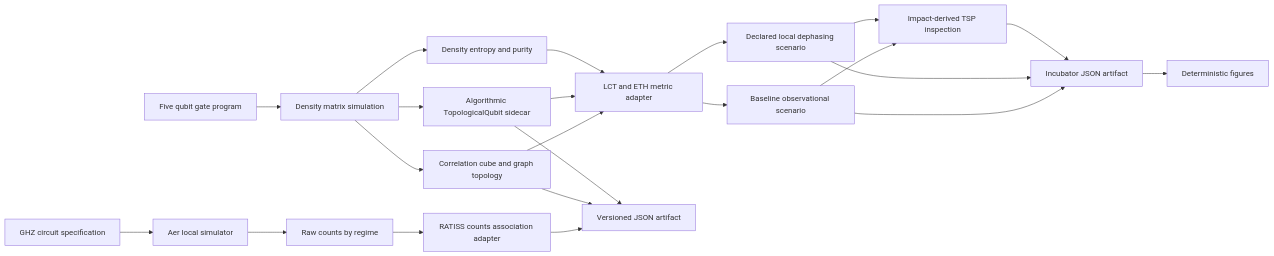
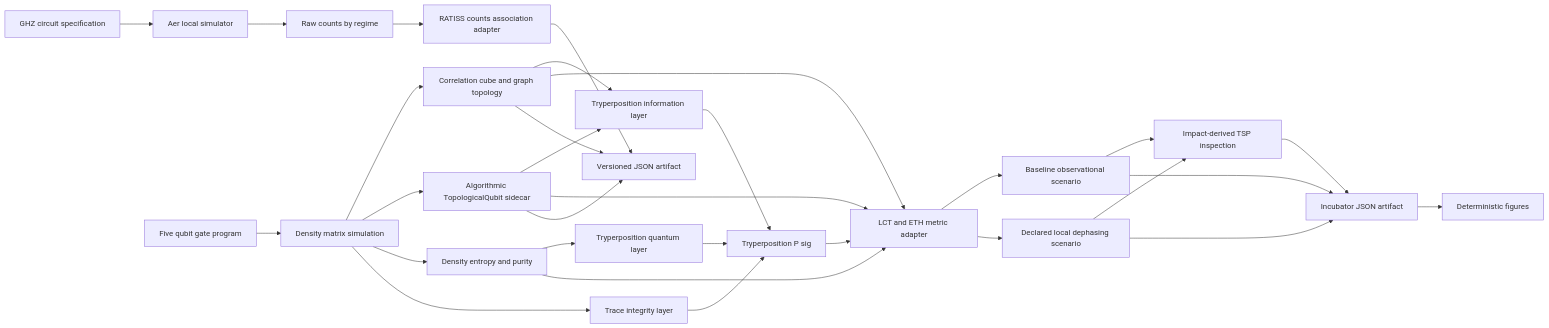
The diagram in docs/ARCHITECTURE.md (samajonathan9-source/QPU-Ratiss-COSMOS), drawn with Mermaid before and after one commit. The commit also changed other lines of this file and 15 other files, not shown here.

Commit message:
feat: activate tryperposition LCT ETH channel

````diff
--- a/docs/ARCHITECTURE.md
+++ b/docs/ARCHITECTURE.md
@@ -3,24 +3,32 @@
 ```mermaid
 flowchart LR
   A[GHZ circuit specification] --> B[Aer local simulator]
   B --> C[Raw counts by regime]
   C --> D[RATISS counts association adapter]
   E[Five qubit gate program] --> F[Density matrix simulation]
   F --> G[Correlation cube and graph topology]
   F --> H[Algorithmic TopologicalQubit sidecar]
   F --> J[Density entropy and purity]
-  G --> K[LCT and ETH metric adapter]
+  G --> K[Tryperposition information layer]
   H --> K
-  J --> K
-  K --> L[Baseline observational scenario]
-  K --> M[Declared local dephasing scenario]
-  L --> N[Impact-derived TSP inspection]
+  J --> L[Tryperposition quantum layer]
+  F --> M[Trace integrity layer]
+  K --> N[Tryperposition P sig]
+  L --> N
   M --> N
+  G --> O[LCT and ETH metric adapter]
+  H --> O
+  J --> O
+  N --> O
+  O --> P[Baseline observational scenario]
+  O --> Q[Declared local dephasing scenario]
+  P --> R[Impact-derived TSP inspection]
+  Q --> R
   D --> I[Versioned JSON artifact]
   G --> I
   H --> I
-  L --> O[Incubator JSON artifact]
-  M --> O
-  N --> O
-  O --> P[Deterministic figures]
+  P --> S[Incubator JSON artifact]
+  Q --> S
+  R --> S
+  S --> T[Deterministic figures]
 ```
````
